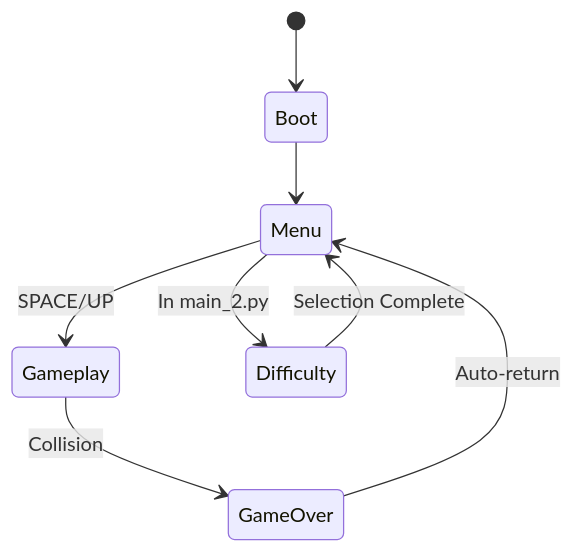
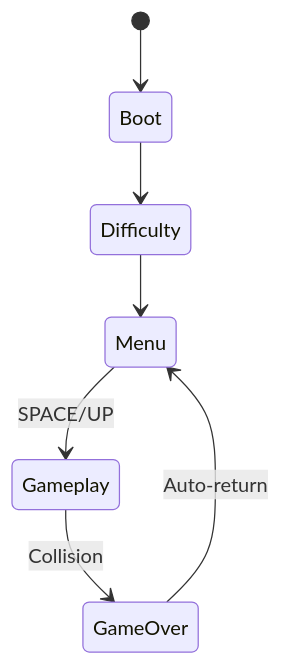
Before and after one commit to B-202401431/Flappy-Bird: the first of 3 diagrams in README.md, drawn with Mermaid. The commit also changed other lines of this file, not shown here.

````diff
--- a/README.md
+++ b/README.md
@@ -25,10 +23,9 @@
 ```mermaid
 stateDiagram-v2
     [*] --> Boot
-    Boot --> Menu
+    Boot --> Difficulty
+    Difficulty --> Menu
     Menu --> Gameplay: SPACE/UP
-    Menu --> Difficulty: In main_2.py
     Gameplay --> GameOver: Collision
     GameOver --> Menu: Auto-return
-    Difficulty --> Menu: Selection Complete
 ```
````
